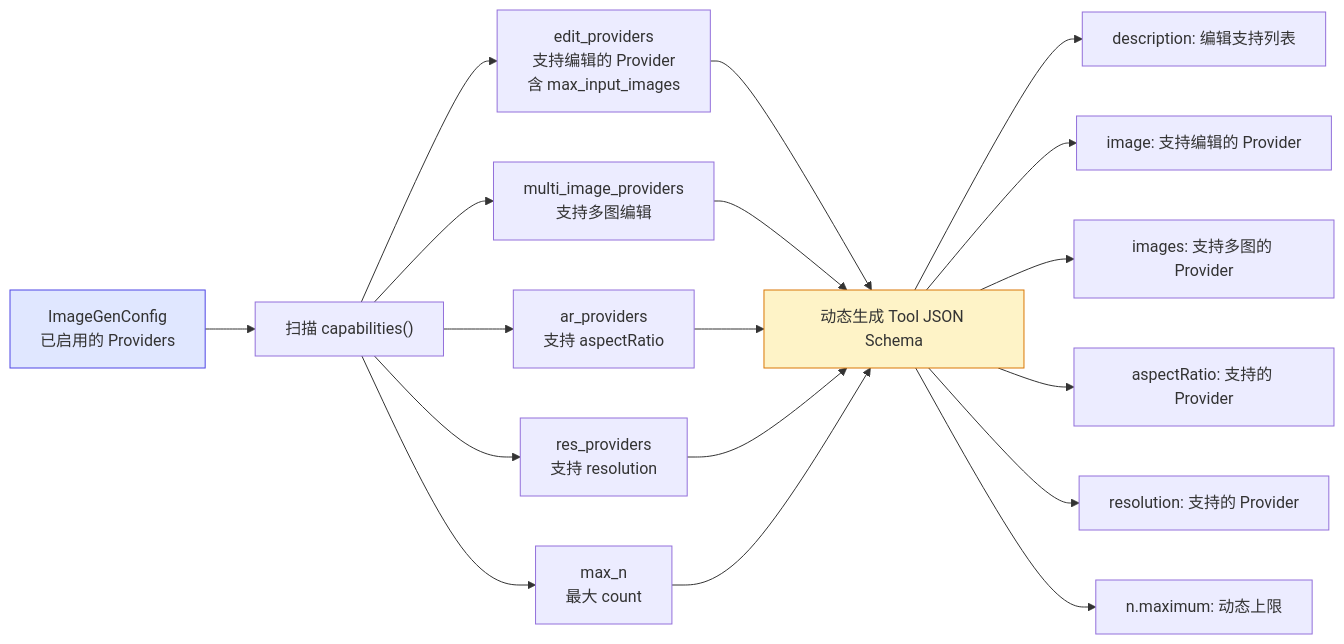
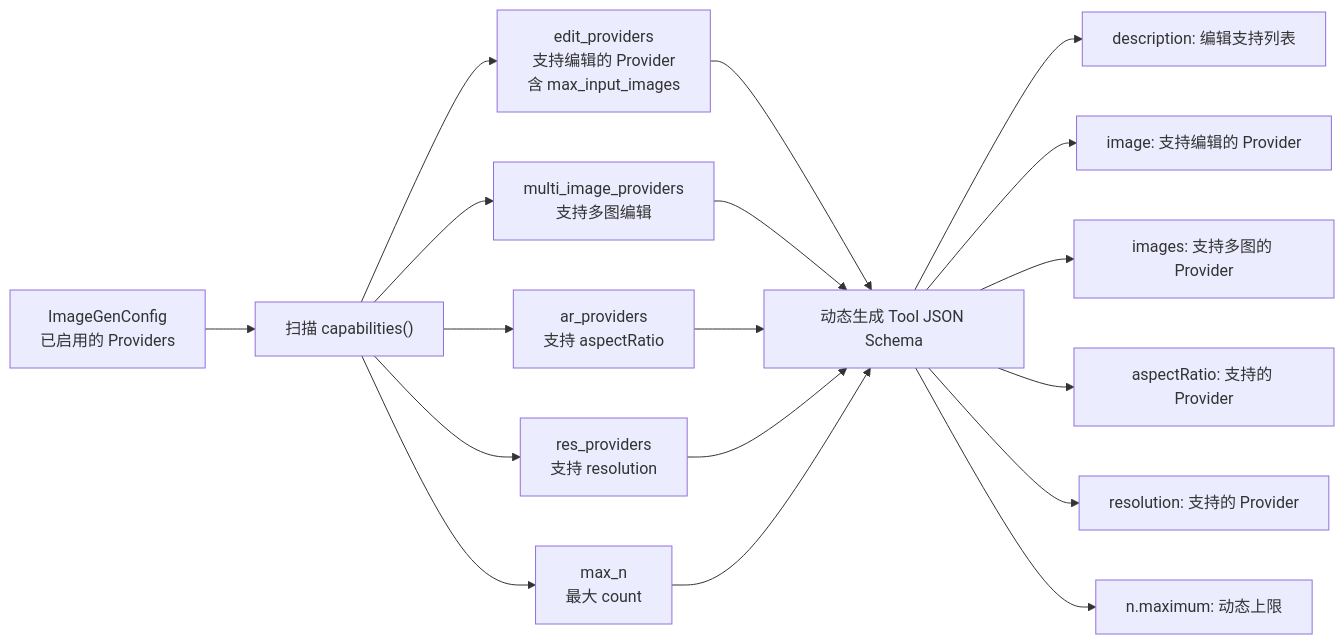
Before and after one commit to shiwenwen/hope-agent: the fifth of 11 diagrams in docs/architecture/image-generation.md, drawn with Mermaid. The commit also changed other lines of this file and 13 other files, not shown here.

First line of the commit message:
docs: 移除 mermaid 图表中的自定义背景色填充

````diff
--- a/docs/architecture/image-generation.md
+++ b/docs/architecture/image-generation.md
@@ -250,26 +236,24 @@
 ```mermaid
 flowchart LR
     CONFIG["ImageGenConfig<br/>已启用的 Providers"] --> SCAN["扫描 capabilities()"]
 
     SCAN --> E["edit_providers<br/>支持编辑的 Provider<br/>含 max_input_images"]
     SCAN --> M["multi_image_providers<br/>支持多图编辑"]
     SCAN --> A["ar_providers<br/>支持 aspectRatio"]
     SCAN --> R["res_providers<br/>支持 resolution"]
     SCAN --> N["max_n<br/>最大 count"]
 
     E --> DESC["动态生成 Tool JSON Schema"]
     M --> DESC
     A --> DESC
     R --> DESC
     N --> DESC
 
     DESC --> D1["description: 编辑支持列表"]
     DESC --> D2["image: 支持编辑的 Provider"]
     DESC --> D3["images: 支持多图的 Provider"]
     DESC --> D4["aspectRatio: 支持的 Provider"]
     DESC --> D5["resolution: 支持的 Provider"]
     DESC --> D6["n.maximum: 动态上限"]
 
-    style CONFIG fill:#e0e7ff,stroke:#4f46e5
-    style DESC fill:#fef3c7,stroke:#d97706
 ```
````
